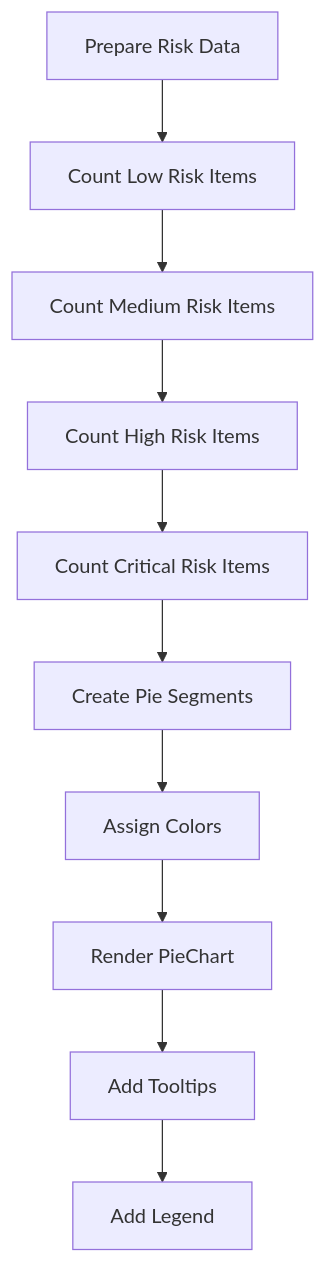
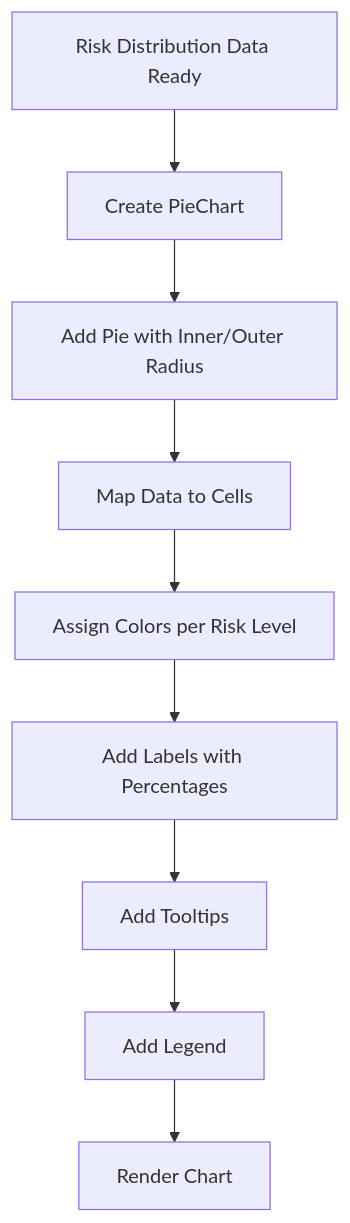
Diagram 16 of 18 in docs/app/inventory-management/stock-overview/slow-moving/FD-slow-moving.md (PeakMNA/carmen), drawn with Mermaid before and after one commit. The commit also changed other lines of this file and 473 other files, not shown here.

````diff
--- a/docs/app/inventory-management/stock-overview/slow-moving/FD-slow-moving.md
+++ b/docs/app/inventory-management/stock-overview/slow-moving/FD-slow-moving.md
@@ -242,12 +335,11 @@
 ```mermaid
 flowchart TD
-    A[Prepare Risk Data] --> B[Count Low Risk Items]
-    B --> C[Count Medium Risk Items]
-    C --> D[Count High Risk Items]
-    D --> E[Count Critical Risk Items]
-    E --> F[Create Pie Segments]
-    F --> G[Assign Colors]
-    G --> H[Render PieChart]
-    H --> I[Add Tooltips]
-    I --> J[Add Legend]
+    A[Risk Distribution Data Ready] --> B[Create PieChart]
+    B --> C[Add Pie with Inner/Outer Radius]
+    C --> D[Map Data to Cells]
+    D --> E[Assign Colors per Risk Level]
+    E --> F[Add Labels with Percentages]
+    F --> G[Add Tooltips]
+    G --> H[Add Legend]
+    H --> I[Render Chart]
 ```
````
